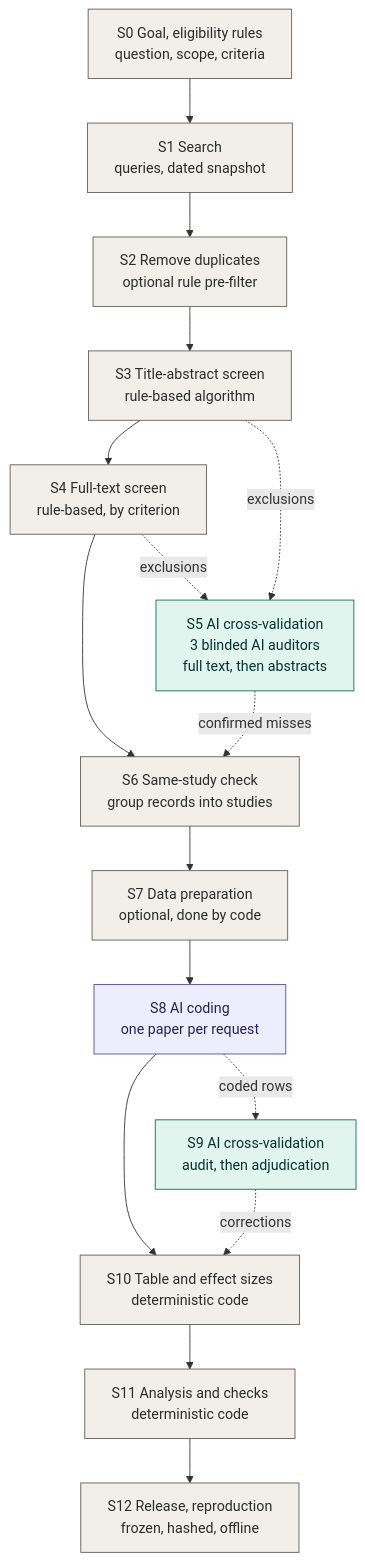
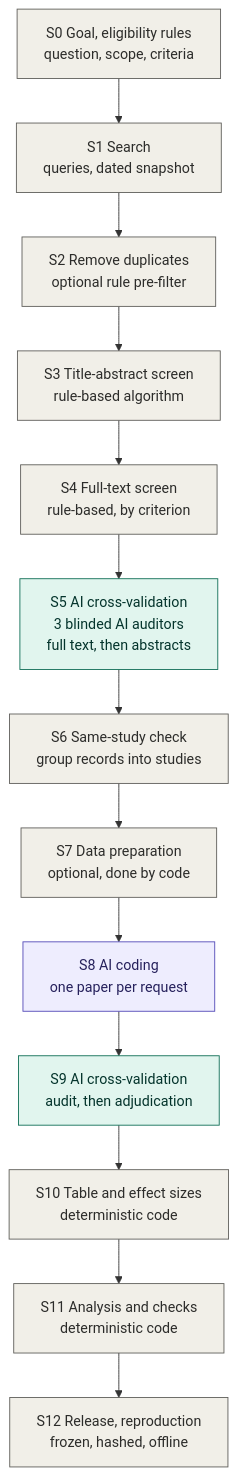
Before and after one commit to shanbuzaigao/raes: the first of 2 diagrams in PROTOCOL.md, drawn with Mermaid. The commit also changed other lines of this file and 2 other files, not shown here.

Commit message:
Simplify the pipeline figure to a single chain

````diff
--- a/PROTOCOL.md
+++ b/PROTOCOL.md
@@ -11,30 +11,25 @@
 ```mermaid
 flowchart TD
     S0["S0 Goal, eligibility rules<br/>question, scope, criteria"]
     S1["S1 Search<br/>queries, dated snapshot"]
     S2["S2 Remove duplicates<br/>optional rule pre-filter"]
     S3["S3 Title-abstract screen<br/>rule-based algorithm"]
     S4["S4 Full-text screen<br/>rule-based, by criterion"]
     S5["S5 AI cross-validation<br/>3 blinded AI auditors<br/>full text, then abstracts"]
     S6["S6 Same-study check<br/>group records into studies"]
     S7["S7 Data preparation<br/>optional, done by code"]
     S8["S8 AI coding<br/>one paper per request"]
     S9["S9 AI cross-validation<br/>audit, then adjudication"]
     S10["S10 Table and effect sizes<br/>deterministic code"]
     S11["S11 Analysis and checks<br/>deterministic code"]
     S12["S12 Release, reproduction<br/>frozen, hashed, offline"]
 
-    S0 --> S1 --> S2 --> S3 --> S4 --> S6 --> S7 --> S8 --> S10 --> S11 --> S12
-    S3 -. exclusions .-> S5
-    S4 -. exclusions .-> S5
-    S5 -. confirmed misses .-> S6
-    S8 -. coded rows .-> S9
-    S9 -. corrections .-> S10
+    S0 --> S1 --> S2 --> S3 --> S4 --> S5 --> S6 --> S7 --> S8 --> S9 --> S10 --> S11 --> S12
 
     classDef code fill:#F1EFE8,stroke:#5F5E5A,color:#2C2C2A
     classDef exec fill:#EEEDFE,stroke:#534AB7,color:#26215C
     classDef audit fill:#E1F5EE,stroke:#0F6E56,color:#04342C
     class S0,S1,S2,S3,S4,S6,S7,S10,S11,S12 code
     class S8 exec
     class S5,S9 audit
 ```
````
